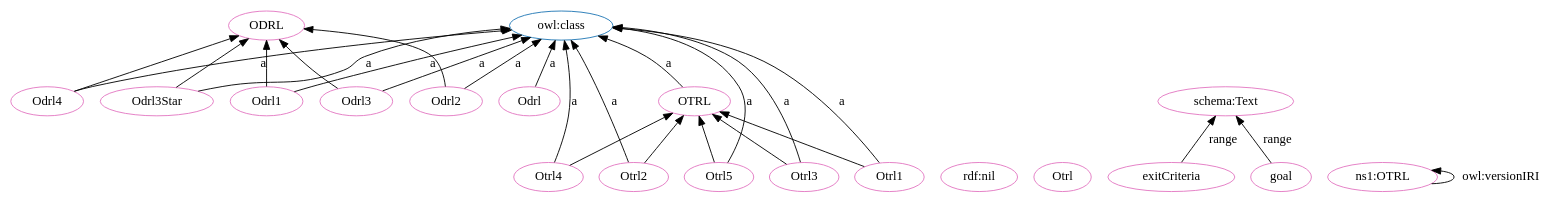
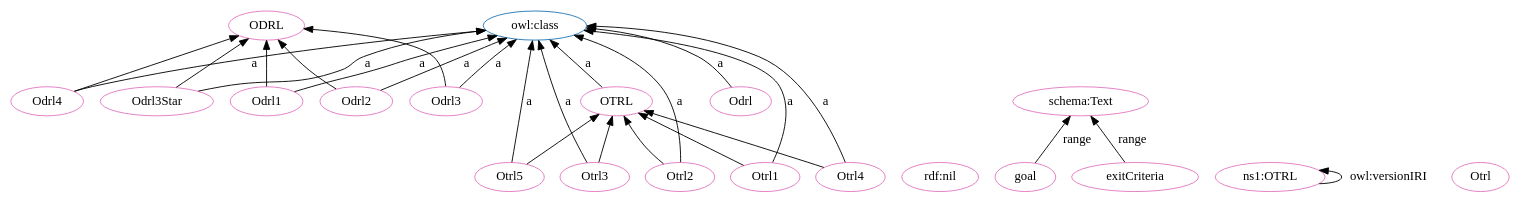
Before and after one commit to OPEN-NEXT/OKH-LOSH: the diagram in OTRL-clean.dot, drawn with Graphviz. The commit also changed other lines of this file and 15 other files, not shown here.

```diff
--- a/OTRL-clean.dot
+++ b/OTRL-clean.dot
@@ -1,51 +1,51 @@
 digraph G {
   rankdir=BT
   node[height=.3]
+"http://purl.org/oseg/ontologies/OTRL#OTRL" [fillcolor="#1f77b4" color="#1f77b4" label="OTRL"]
+"http://www.w3.org/2002/07/owl#class" [fillcolor="#1f77b4" color="#1f77b4" label="owl:class"]
 "http://purl.org/oseg/ontologies/OTRL#ODRL" [fillcolor="#1f77b4" color="#1f77b4" label="ODRL"]
-"http://www.w3.org/2002/07/owl#class" [fillcolor="#1f77b4" color="#1f77b4" label="owl:class"]
-"http://purl.org/oseg/ontologies/OTRL#OTRL" [fillcolor="#1f77b4" color="#1f77b4" label="OTRL"]
 "http://www.w3.org/1999/02/22-rdf-syntax-ns#nil" [fillcolor="#e377c2" color="#e377c2" label="rdf:nil"]
+"http://purl.org/oseg/ontologies/OTRL#OTRL" [fillcolor="#e377c2" color="#e377c2" label="OTRL"]
+"http://purl.org/oseg/ontologies/OTRL#Odrl3Star" [fillcolor="#e377c2" color="#e377c2" label="Odrl3Star"]
+"http://purl.org/oseg/ontologies/OTRL#Otrl2" [fillcolor="#e377c2" color="#e377c2" label="Otrl2"]
+"http://purl.org/oseg/ontologies/OTRL#goal" [fillcolor="#e377c2" color="#e377c2" label="goal"]
+"http://purl.org/oseg/ontologies/OTRL#ODRL" [fillcolor="#e377c2" color="#e377c2" label="ODRL"]
+"http://purl.org/oseg/ontologies/OTRL#Odrl" [fillcolor="#e377c2" color="#e377c2" label="Odrl"]
+"http://purl.org/oseg/ontologies/OTRL#Odrl4" [fillcolor="#e377c2" color="#e377c2" label="Odrl4"]
+"http://schema.org/Text" [fillcolor="#e377c2" color="#e377c2" label="schema:Text"]
+"http://purl.org/oseg/ontologies/OTRL" [fillcolor="#e377c2" color="#e377c2" label="ns1:OTRL"]
+"http://purl.org/oseg/ontologies/OTRL#exitCriteria" [fillcolor="#e377c2" color="#e377c2" label="exitCriteria"]
+"http://purl.org/oseg/ontologies/OTRL#Odrl2" [fillcolor="#e377c2" color="#e377c2" label="Odrl2"]
+"http://purl.org/oseg/ontologies/OTRL#Otrl3" [fillcolor="#e377c2" color="#e377c2" label="Otrl3"]
+"http://purl.org/oseg/ontologies/OTRL#Odrl3" [fillcolor="#e377c2" color="#e377c2" label="Odrl3"]
+"http://purl.org/oseg/ontologies/OTRL#Otrl4" [fillcolor="#e377c2" color="#e377c2" label="Otrl4"]
+"http://purl.org/oseg/ontologies/OTRL#Otrl5" [fillcolor="#e377c2" color="#e377c2" label="Otrl5"]
+"http://purl.org/oseg/ontologies/OTRL#Odrl1" [fillcolor="#e377c2" color="#e377c2" label="Odrl1"]
+"http://purl.org/oseg/ontologies/OTRL#Otrl" [fillcolor="#e377c2" color="#e377c2" label="Otrl"]
 "http://purl.org/oseg/ontologies/OTRL#Otrl1" [fillcolor="#e377c2" color="#e377c2" label="Otrl1"]
-"http://purl.org/oseg/ontologies/OTRL#ODRL" [fillcolor="#e377c2" color="#e377c2" label="ODRL"]
-"http://purl.org/oseg/ontologies/OTRL#Otrl" [fillcolor="#e377c2" color="#e377c2" label="Otrl"]
-"http://schema.org/Text" [fillcolor="#e377c2" color="#e377c2" label="schema:Text"]
-"http://purl.org/oseg/ontologies/OTRL#OTRL" [fillcolor="#e377c2" color="#e377c2" label="OTRL"]
-"http://purl.org/oseg/ontologies/OTRL#Odrl" [fillcolor="#e377c2" color="#e377c2" label="Odrl"]
-"http://purl.org/oseg/ontologies/OTRL#Otrl5" [fillcolor="#e377c2" color="#e377c2" label="Otrl5"]
-"http://purl.org/oseg/ontologies/OTRL#exitCriteria" [fillcolor="#e377c2" color="#e377c2" label="exitCriteria"]
-"http://purl.org/oseg/ontologies/OTRL" [fillcolor="#e377c2" color="#e377c2" label="ns1:OTRL"]
-"http://purl.org/oseg/ontologies/OTRL#Odrl3" [fillcolor="#e377c2" color="#e377c2" label="Odrl3"]
-"http://purl.org/oseg/ontologies/OTRL#Odrl2" [fillcolor="#e377c2" color="#e377c2" label="Odrl2"]
-"http://purl.org/oseg/ontologies/OTRL#goal" [fillcolor="#e377c2" color="#e377c2" label="goal"]
-"http://purl.org/oseg/ontologies/OTRL#Odrl1" [fillcolor="#e377c2" color="#e377c2" label="Odrl1"]
-"http://purl.org/oseg/ontologies/OTRL#Otrl4" [fillcolor="#e377c2" color="#e377c2" label="Otrl4"]
-"http://purl.org/oseg/ontologies/OTRL#Odrl3Star" [fillcolor="#e377c2" color="#e377c2" label="Odrl3Star"]
-"http://purl.org/oseg/ontologies/OTRL#Otrl3" [fillcolor="#e377c2" color="#e377c2" label="Otrl3"]
-"http://purl.org/oseg/ontologies/OTRL#Otrl2" [fillcolor="#e377c2" color="#e377c2" label="Otrl2"]
-"http://purl.org/oseg/ontologies/OTRL#Odrl4" [fillcolor="#e377c2" color="#e377c2" label="Odrl4"]
-  "http://purl.org/oseg/ontologies/OTRL#Odrl2" -> "http://purl.org/oseg/ontologies/OTRL#ODRL" [label=""]
+  "http://purl.org/oseg/ontologies/OTRL#Otrl2" -> "http://www.w3.org/2002/07/owl#class" [label="a"]
+  "http://purl.org/oseg/ontologies/OTRL#Odrl3" -> "http://purl.org/oseg/ontologies/OTRL#ODRL" [label=""]
+  "http://purl.org/oseg/ontologies/OTRL#OTRL" -> "http://www.w3.org/2002/07/owl#class" [label="a"]
+  "http://purl.org/oseg/ontologies/OTRL" -> "http://purl.org/oseg/ontologies/OTRL" [label="owl:versionIRI"]
+  "http://purl.org/oseg/ontologies/OTRL#Otrl2" -> "http://purl.org/oseg/ontologies/OTRL#OTRL" [label=""]
+  "http://purl.org/oseg/ontologies/OTRL#goal" -> "http://schema.org/Text" [label="range"]
+  "http://purl.org/oseg/ontologies/OTRL#Otrl3" -> "http://www.w3.org/2002/07/owl#class" [label="a"]
+  "http://purl.org/oseg/ontologies/OTRL#Odrl3" -> "http://www.w3.org/2002/07/owl#class" [label="a"]
+  "http://purl.org/oseg/ontologies/OTRL#Otrl4" -> "http://purl.org/oseg/ontologies/OTRL#OTRL" [label=""]
+  "http://purl.org/oseg/ontologies/OTRL#Otrl1" -> "http://purl.org/oseg/ontologies/OTRL#OTRL" [label=""]
+  "http://purl.org/oseg/ontologies/OTRL#Otrl5" -> "http://www.w3.org/2002/07/owl#class" [label="a"]
+  "http://purl.org/oseg/ontologies/OTRL#Odrl1" -> "http://purl.org/oseg/ontologies/OTRL#ODRL" [label=""]
+  "http://purl.org/oseg/ontologies/OTRL#Odrl4" -> "http://purl.org/oseg/ontologies/OTRL#ODRL" [label=""]
+  "http://purl.org/oseg/ontologies/OTRL#Otrl3" -> "http://purl.org/oseg/ontologies/OTRL#OTRL" [label=""]
+  "http://purl.org/oseg/ontologies/OTRL#Odrl3Star" -> "http://www.w3.org/2002/07/owl#class" [label="a"]
+  "http://purl.org/oseg/ontologies/OTRL#Odrl4" -> "http://www.w3.org/2002/07/owl#class" [label="a"]
   "http://purl.org/oseg/ontologies/OTRL#exitCriteria" -> "http://schema.org/Text" [label="range"]
-  "http://purl.org/oseg/ontologies/OTRL#Otrl2" -> "http://purl.org/oseg/ontologies/OTRL#OTRL" [label=""]
-  "http://purl.org/oseg/ontologies/OTRL" -> "http://purl.org/oseg/ontologies/OTRL" [label="owl:versionIRI"]
-  "http://purl.org/oseg/ontologies/OTRL#Odrl1" -> "http://purl.org/oseg/ontologies/OTRL#ODRL" [label=""]
-  "http://purl.org/oseg/ontologies/OTRL#OTRL" -> "http://www.w3.org/2002/07/owl#class" [label="a"]
+  "http://purl.org/oseg/ontologies/OTRL#Odrl" -> "http://www.w3.org/2002/07/owl#class" [label="a"]
+  "http://purl.org/oseg/ontologies/OTRL#Odrl2" -> "http://www.w3.org/2002/07/owl#class" [label="a"]
+  "http://purl.org/oseg/ontologies/OTRL#Otrl5" -> "http://purl.org/oseg/ontologies/OTRL#OTRL" [label=""]
   "http://purl.org/oseg/ontologies/OTRL#Otrl4" -> "http://www.w3.org/2002/07/owl#class" [label="a"]
-  "http://purl.org/oseg/ontologies/OTRL#Odrl3Star" -> "http://www.w3.org/2002/07/owl#class" [label="a"]
-  "http://purl.org/oseg/ontologies/OTRL#Otrl3" -> "http://www.w3.org/2002/07/owl#class" [label="a"]
-  "http://purl.org/oseg/ontologies/OTRL#Odrl4" -> "http://www.w3.org/2002/07/owl#class" [label="a"]
-  "http://purl.org/oseg/ontologies/OTRL#Otrl1" -> "http://www.w3.org/2002/07/owl#class" [label="a"]
-  "http://purl.org/oseg/ontologies/OTRL#Otrl5" -> "http://www.w3.org/2002/07/owl#class" [label="a"]
-  "http://purl.org/oseg/ontologies/OTRL#Odrl3" -> "http://www.w3.org/2002/07/owl#class" [label="a"]
-  "http://purl.org/oseg/ontologies/OTRL#Odrl2" -> "http://www.w3.org/2002/07/owl#class" [label="a"]
-  "http://purl.org/oseg/ontologies/OTRL#Otrl4" -> "http://purl.org/oseg/ontologies/OTRL#OTRL" [label=""]
-  "http://purl.org/oseg/ontologies/OTRL#Otrl3" -> "http://purl.org/oseg/ontologies/OTRL#OTRL" [label=""]
   "http://purl.org/oseg/ontologies/OTRL#Odrl1" -> "http://www.w3.org/2002/07/owl#class" [label="a"]
   "http://purl.org/oseg/ontologies/OTRL#Odrl3Star" -> "http://purl.org/oseg/ontologies/OTRL#ODRL" [label=""]
-  "http://purl.org/oseg/ontologies/OTRL#Odrl4" -> "http://purl.org/oseg/ontologies/OTRL#ODRL" [label=""]
-  "http://purl.org/oseg/ontologies/OTRL#Otrl1" -> "http://purl.org/oseg/ontologies/OTRL#OTRL" [label=""]
-  "http://purl.org/oseg/ontologies/OTRL#Otrl5" -> "http://purl.org/oseg/ontologies/OTRL#OTRL" [label=""]
-  "http://purl.org/oseg/ontologies/OTRL#goal" -> "http://schema.org/Text" [label="range"]
-  "http://purl.org/oseg/ontologies/OTRL#Otrl2" -> "http://www.w3.org/2002/07/owl#class" [label="a"]
-  "http://purl.org/oseg/ontologies/OTRL#Odrl" -> "http://www.w3.org/2002/07/owl#class" [label="a"]
-  "http://purl.org/oseg/ontologies/OTRL#Odrl3" -> "http://purl.org/oseg/ontologies/OTRL#ODRL" [label=""]
+  "http://purl.org/oseg/ontologies/OTRL#Otrl1" -> "http://www.w3.org/2002/07/owl#class" [label="a"]
+  "http://purl.org/oseg/ontologies/OTRL#Odrl2" -> "http://purl.org/oseg/ontologies/OTRL#ODRL" [label=""]
 }
```
